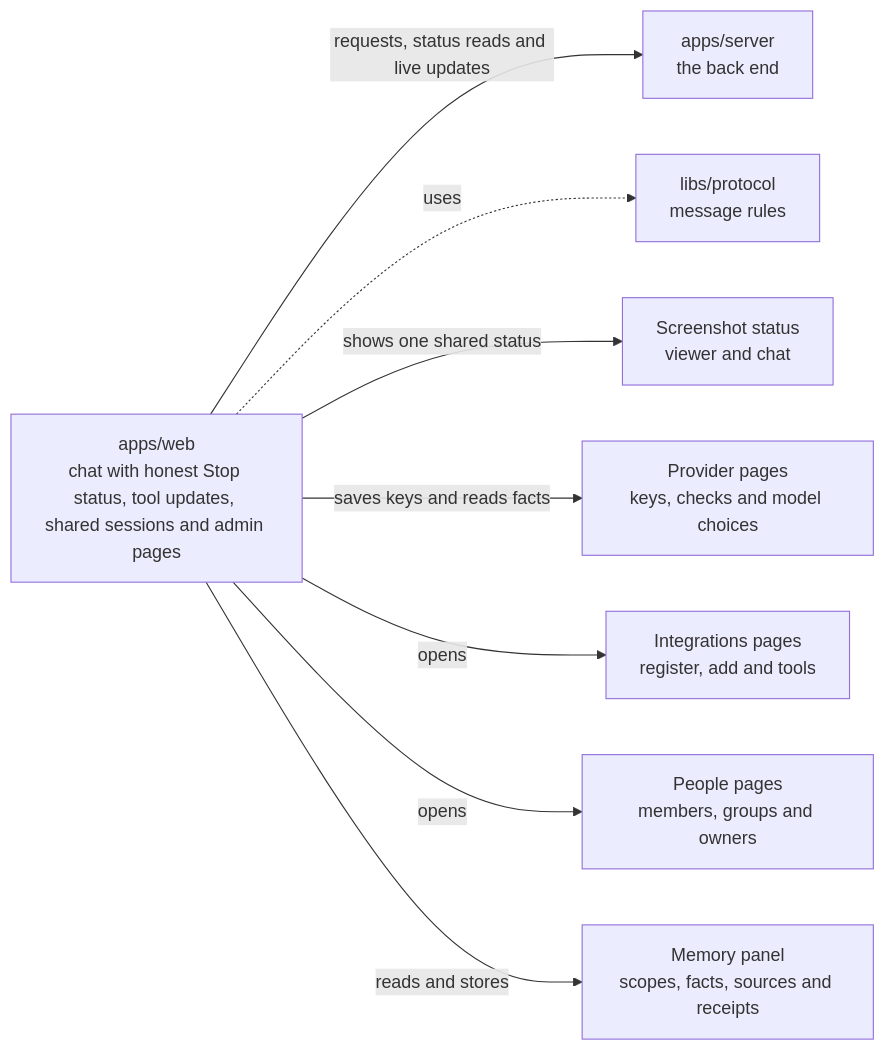
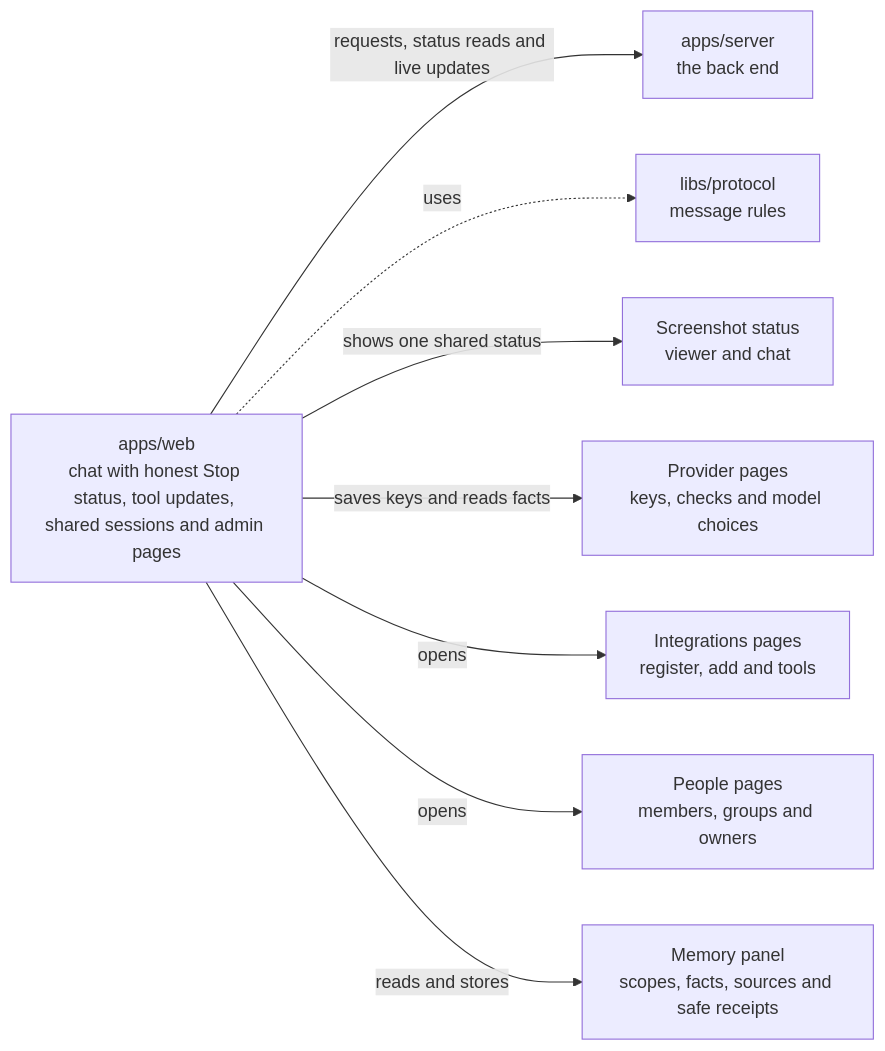
One commit to elewa-git/opencrane-new changed the diagram in apps/web/README.md. Above: the diagram before and after it, drawn with Mermaid. The commit also changed other lines of this file and 12 other files, not shown here.

````diff
--- a/apps/web/README.md
+++ b/apps/web/README.md
@@ -11,10 +11,10 @@
 ```mermaid
 flowchart LR
   web["apps/web<br/>chat with honest Stop status, tool updates, shared sessions and admin pages"] -->|requests, status reads and live updates| server["apps/server<br/>the back end"]
   web -.->|uses| protocol["libs/protocol<br/>message rules"]
   web -->|shows one shared status| capture["Screenshot status<br/>viewer and chat"]
   web -->|saves keys and reads facts| providers["Provider pages<br/>keys, checks and model choices"]
   web -->|opens| integrations["Integrations pages<br/>register, add and tools"]
   web -->|opens| people["People pages<br/>members, groups and owners"]
-  web -->|reads and stores| memory["Memory panel<br/>scopes, facts, sources and receipts"]
+  web -->|reads and stores| memory["Memory panel<br/>scopes, facts, sources and safe receipts"]
 ```
````
